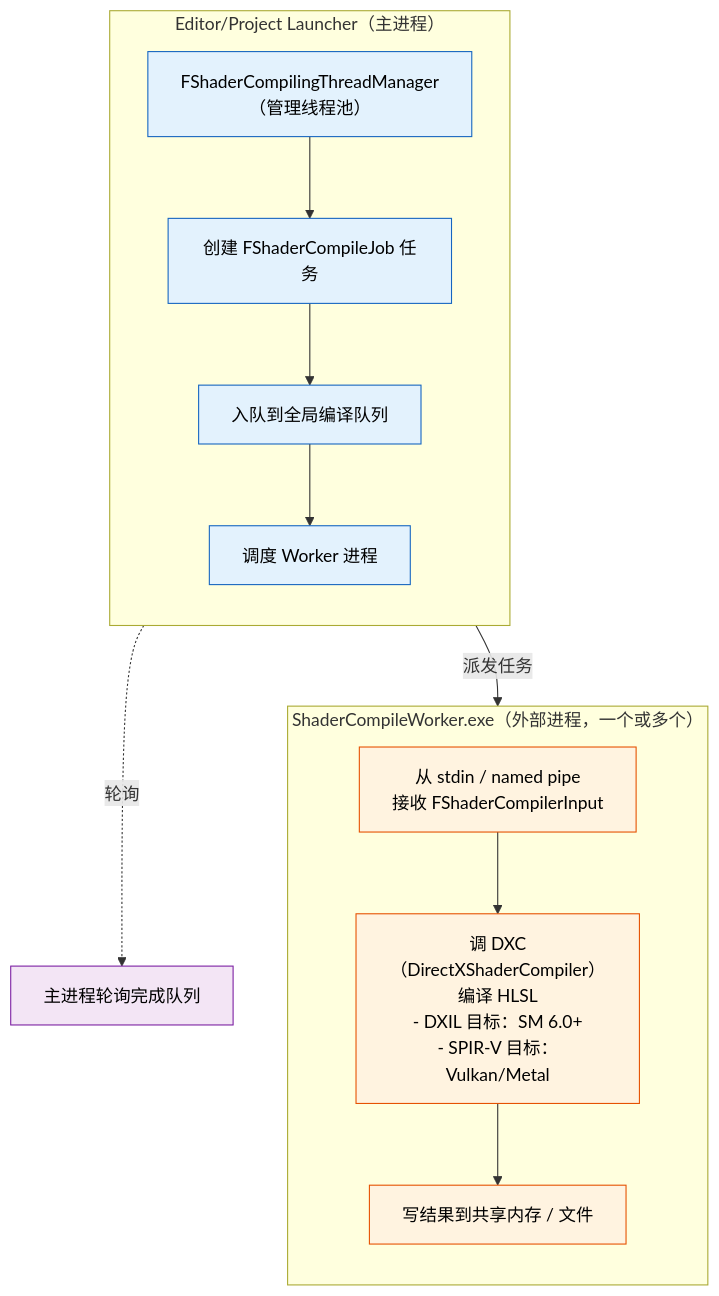
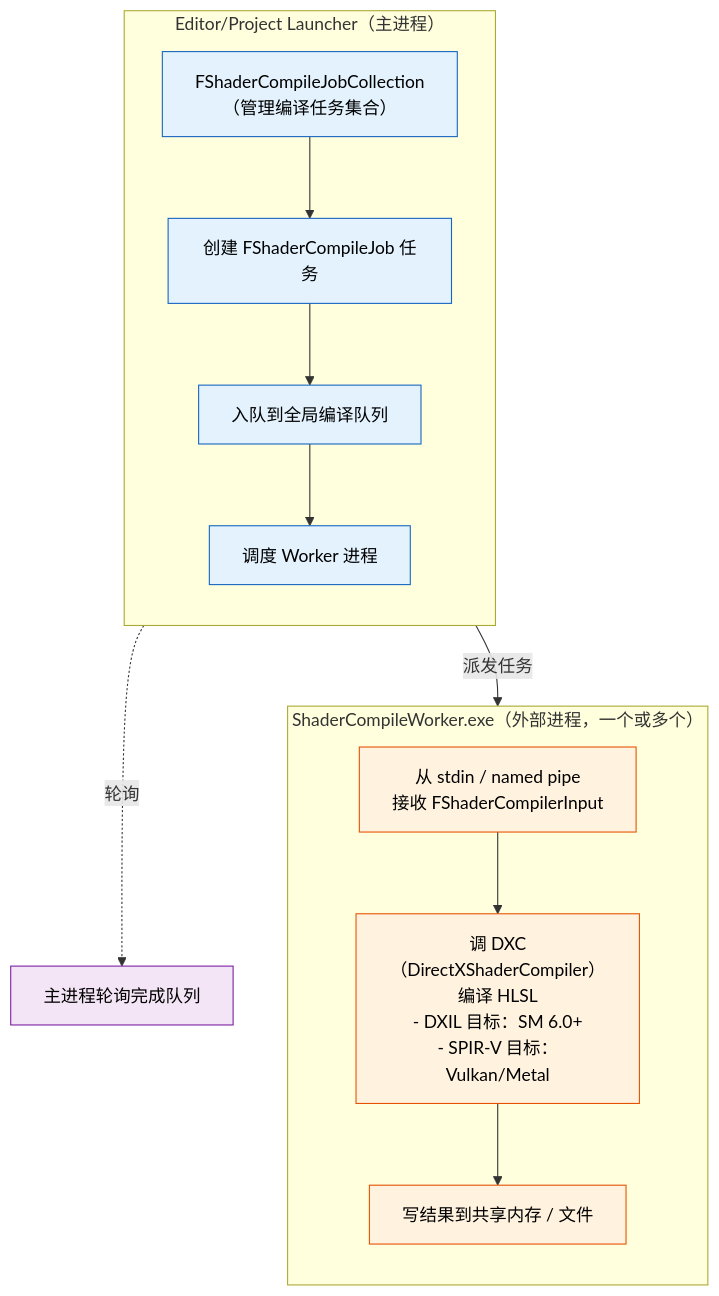
The second of 2 diagrams in references/ue-rendering/card-06-shader-material.md (MotionlessPeri/agent_coding_guidelines), drawn with Mermaid before and after one commit. The commit also changed other lines of this file and 8 other files, not shown here.

````diff
--- a/references/ue-rendering/card-06-shader-material.md
+++ b/references/ue-rendering/card-06-shader-material.md
@@ -95,27 +96,27 @@
 ```mermaid
 flowchart TB
     subgraph Main["Editor/Project Launcher（主进程）"]
         direction TB
-        TM["FShaderCompilingThreadManager<br/>（管理线程池）"]
+        TM["FShaderCompileJobCollection<br/>（管理编译任务集合）"]
         TM --> CJ["创建 FShaderCompileJob 任务"]
         CJ --> Q["入队到全局编译队列"]
         Q --> SW["调度 Worker 进程"]
     end
     
     subgraph SCWProc["ShaderCompileWorker.exe（外部进程，一个或多个）"]
         direction TB
         IN["从 stdin / named pipe<br/>接收 FShaderCompilerInput"]
         IN --> DXC["调 DXC（DirectXShaderCompiler）编译 HLSL<br/>- DXIL 目标：SM 6.0+<br/>- SPIR-V 目标：Vulkan/Metal"]
         DXC --> OUT["写结果到共享内存 / 文件"]
     end
     
     Main -.->|"轮询"| POLL["主进程轮询完成队列"]
     SW -->|"派发任务"| IN
     
     classDef main fill:#e3f2fd,stroke:#1565c0,color:#000
     classDef scw fill:#fff3e0,stroke:#e65100,color:#000
     classDef poll fill:#f3e5f5,stroke:#7b1fa2,color:#000
     class TM,CJ,Q,SW main
     class IN,DXC,OUT scw
     class POLL poll
 ```
````
